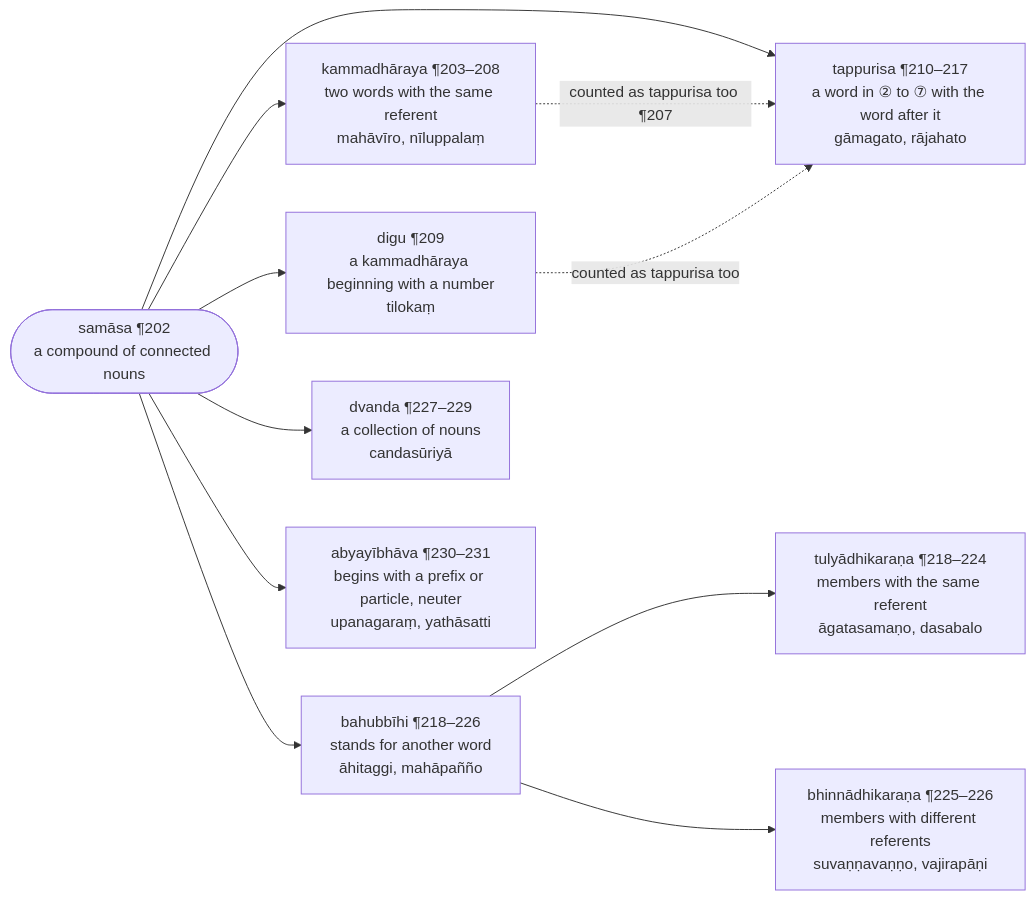
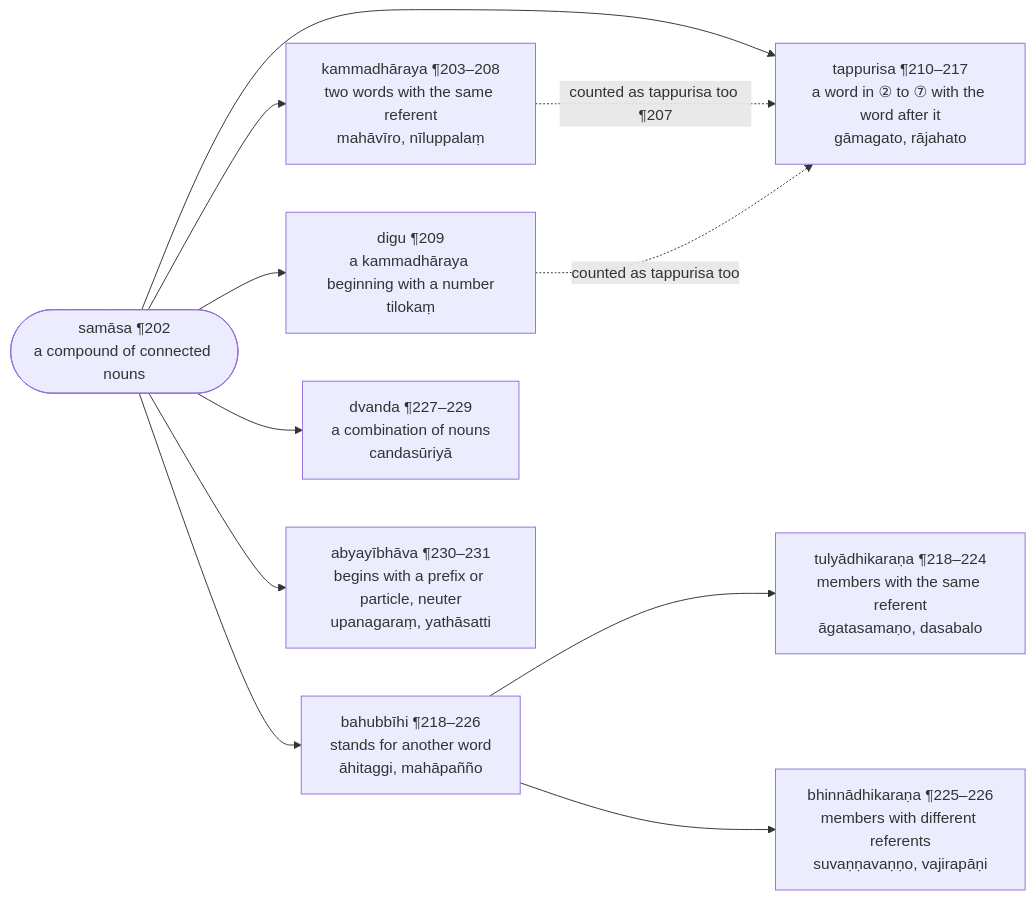
Before and after one commit to kaccayana/kaccayana.github.io: the diagram in src/content/docs/balavatara/3-samasa.mdx, drawn with Mermaid. The commit also changed other lines of this file and 23 other files, not shown here.

````diff
--- a/src/content/docs/balavatara/3-samasa.mdx
+++ b/src/content/docs/balavatara/3-samasa.mdx
@@ -18,13 +18,13 @@
 ```mermaid
 flowchart LR
   S(["samāsa ¶202<br/>a compound of connected nouns"]) --> K["kammadhāraya ¶203–208<br/>two words with the same referent<br/>mahāvīro, nīluppalaṃ"]
   S --> D["digu ¶209<br/>a kammadhāraya beginning with a number<br/>tilokaṃ"]
   S --> T["tappurisa ¶210–217<br/>a word in ② to ⑦ with the word after it<br/>gāmagato, rājahato"]
   S --> B["bahubbīhi ¶218–226<br/>stands for another word<br/>āhitaggi, mahāpañño"]
-  S --> V["dvanda ¶227–229<br/>a collection of nouns<br/>candasūriyā"]
+  S --> V["dvanda ¶227–229<br/>a combination of nouns<br/>candasūriyā"]
   S --> A["abyayībhāva ¶230–231<br/>begins with a prefix or particle, neuter<br/>upanagaraṃ, yathāsatti"]
   K -. "counted as tappurisa too ¶207" .-> T
   D -. "counted as tappurisa too" .-> T
   B --> B1["tulyādhikaraṇa ¶218–224<br/>members with the same referent<br/>āgatasamaṇo, dasabalo"]
   B --> B2["bhinnādhikaraṇa ¶225–226<br/>members with different referents<br/>suvaṇṇavaṇṇo, vajirapāṇi"]
 ```
````
